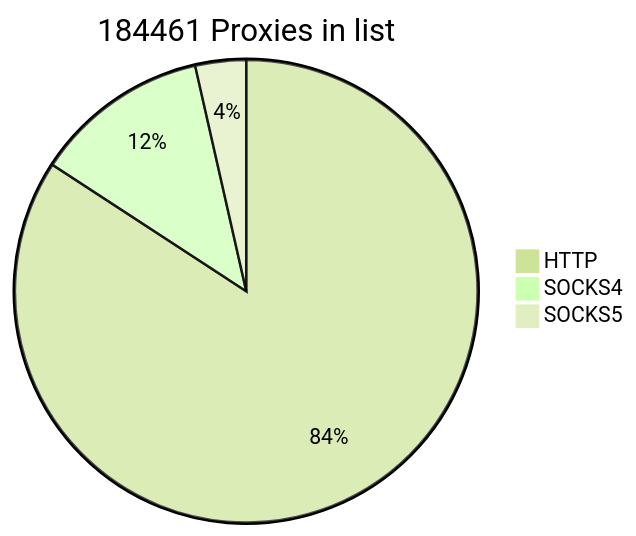
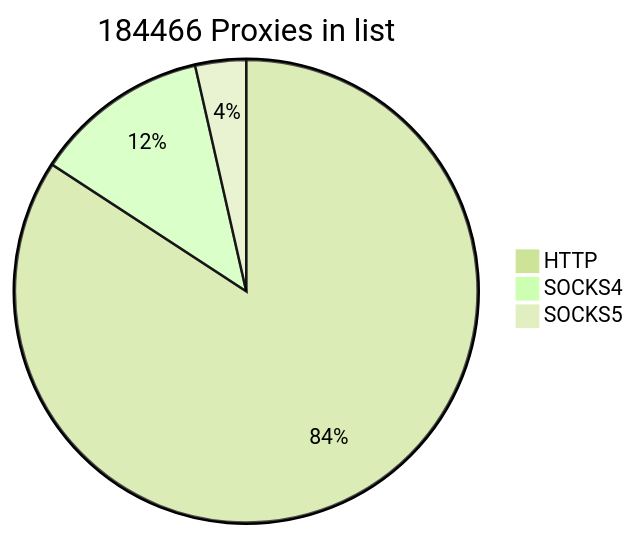
One commit to cutipu/proxylist changed the first of 2 diagrams in README.md. Above: the diagram before and after it, drawn with Mermaid (forest theme). The commit also changed other lines of this file, not shown here.

````diff
--- a/README.md
+++ b/README.md
@@ -2,7 +2,7 @@
 ```mermaid
-pie title 184461 Proxies in list
-    "HTTP" : 155318
-    "SOCKS4" : 22598
-    "SOCKS5" : 6545
+pie title 184466 Proxies in list
+    "HTTP" : 155320
+    "SOCKS4" : 22600
+    "SOCKS5" : 6546
             
 ```
````
